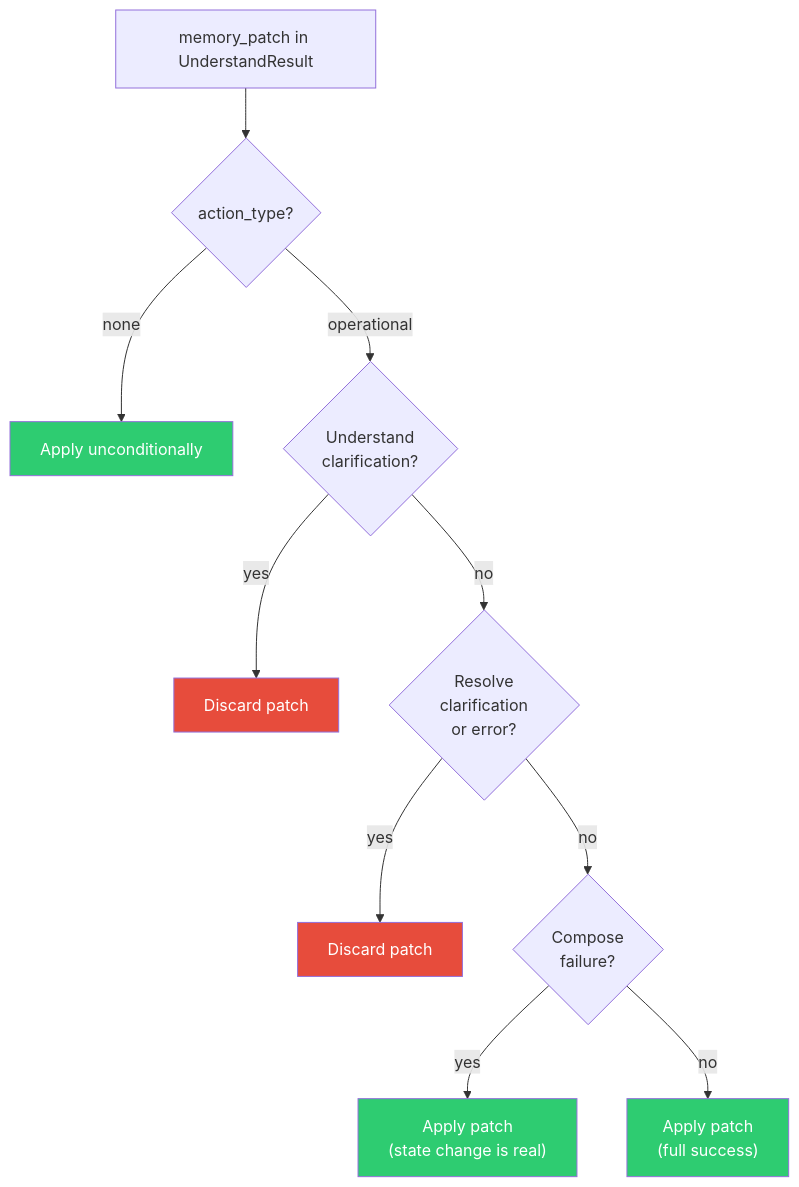
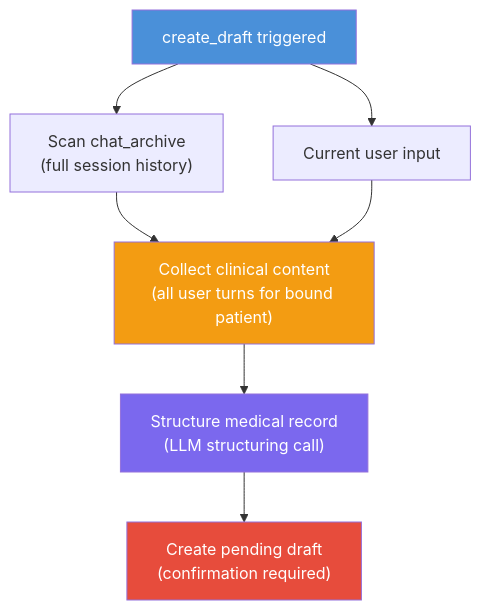
Before and after one commit to moments8890/doctor-ai-agent: the seventh of 7 diagrams in docs/adr/0012-architecture-diagram.md, drawn with Mermaid. The commit also changed other lines of this file and 2 other files, not shown here.

Commit message:
docs: drop memory_patch from phase 1 — conversation history is sufficient
For MVP session lengths, chat_archive provides full clinical context.
create_draft scans the full archive, not just the understand context
window. Patient binding is deterministic via WorkflowState.patient_id.

- Remove memory_patch from UnderstandResult
- Remove 4-path application rules and flowchart diagram
- Replace with clinical context collection diagram for create_draft
- Add to Deferred with guidance on when to revisit
- Update ARCHITECTURE.md pipeline and data model

````diff
--- a/docs/adr/0012-architecture-diagram.md
+++ b/docs/adr/0012-architecture-diagram.md
@@ -208,23 +208,15 @@
 ```mermaid
 flowchart TD
-    patch["memory_patch in UnderstandResult"]
+    draft["create_draft triggered"]
+    draft --> archive["Scan chat_archive<br/>(full session history)"]
+    draft --> current["Current user input"]
+    archive --> collect["Collect clinical content<br/>(all user turns for bound patient)"]
+    current --> collect
+    collect --> structure["Structure medical record<br/>(LLM structuring call)"]
+    structure --> pending["Create pending draft<br/>(confirmation required)"]
 
-    patch --> check_action{"action_type?"}
-    check_action -->|"none"| apply_always["Apply unconditionally"]
-    check_action -->|"operational"| check_clarify{"Understand<br/>clarification?"}
-
-    check_clarify -->|yes| discard1["Discard patch"]
-    check_clarify -->|no| check_resolve{"Resolve<br/>clarification<br/>or error?"}
-
-    check_resolve -->|yes| discard2["Discard patch"]
-    check_resolve -->|no| check_compose{"Compose<br/>failure?"}
-
-    check_compose -->|yes| apply_compose["Apply patch<br/>(state change is real)"]
-    check_compose -->|no| apply_success["Apply patch<br/>(full success)"]
-
-    style apply_always fill:#2ecc71,color:#fff
-    style apply_compose fill:#2ecc71,color:#fff
-    style apply_success fill:#2ecc71,color:#fff
-    style discard1 fill:#e74c3c,color:#fff
-    style discard2 fill:#e74c3c,color:#fff
+    style draft fill:#4a90d9,color:#fff
+    style collect fill:#f39c12,color:#fff
+    style structure fill:#7b68ee,color:#fff
+    style pending fill:#e74c3c,color:#fff
 ```
````
